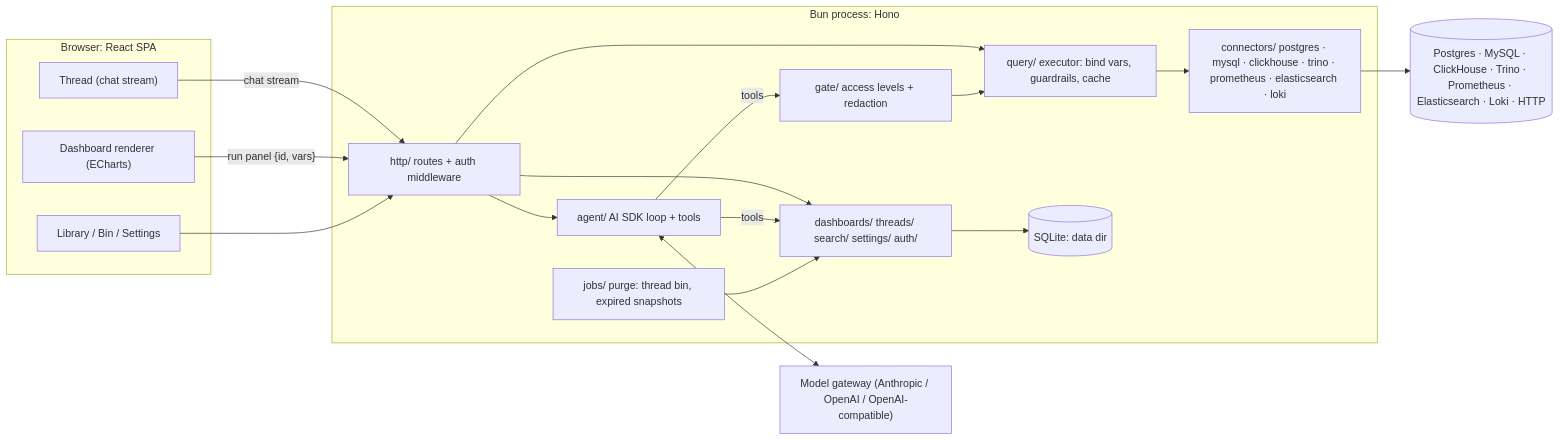
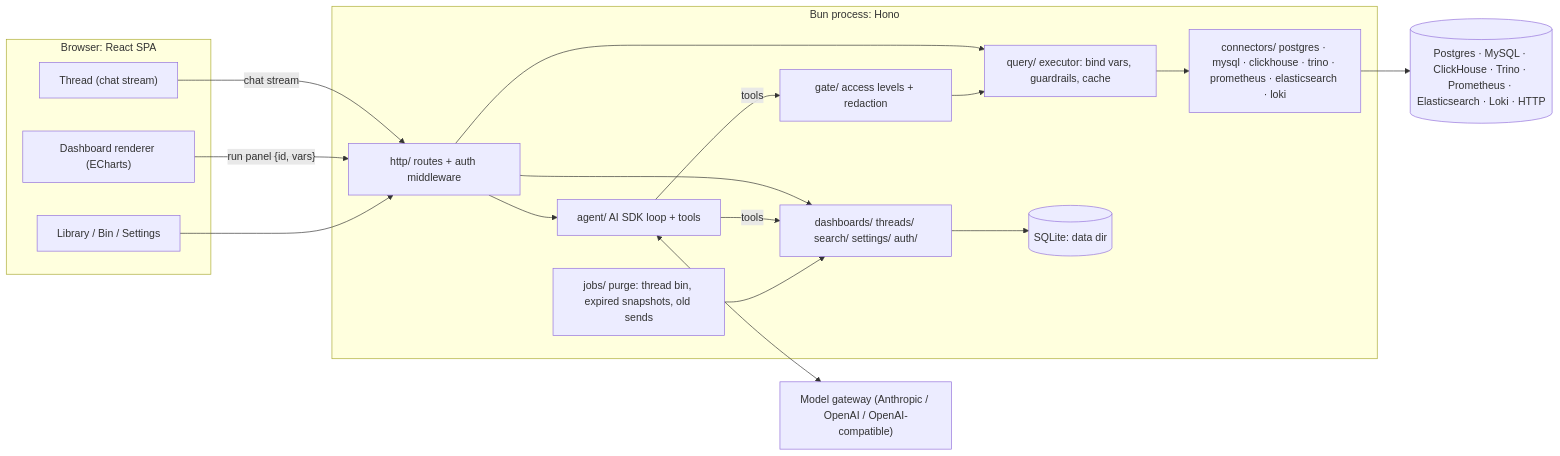
Before and after one commit to jboix/quanthea: the first of 2 diagrams in docs/architecture.md, drawn with Mermaid. The commit also changed other lines of this file and 32 other files, not shown here.

````diff
--- a/docs/architecture.md
+++ b/docs/architecture.md
@@ -13,37 +13,37 @@
 ```mermaid
 flowchart LR
   subgraph Browser["Browser: React SPA"]
     Thread["Thread (chat stream)"]
     Dash["Dashboard renderer (ECharts)"]
     Lib["Library / Bin / Settings"]
   end
 
   subgraph Server["Bun process: Hono"]
     HTTP["http/ routes + auth middleware"]
     Agent["agent/ AI SDK loop + tools"]
     Gate["gate/ access levels + redaction"]
     Query["query/ executor: bind vars, guardrails, cache"]
     Conn["connectors/ postgres · mysql · clickhouse · trino · prometheus · elasticsearch · loki"]
     Dom["dashboards/ threads/ search/ settings/ auth/"]
     DB[("SQLite: data dir")]
-    Jobs["jobs/ purge: thread bin, expired snapshots"]
+    Jobs["jobs/ purge: thread bin, expired snapshots, old sends"]
   end
 
   LLM["Model gateway (Anthropic / OpenAI / OpenAI-compatible)"]
   Sources[("Postgres · MySQL · ClickHouse · Trino · Prometheus · Elasticsearch · Loki · HTTP")]
 
   Thread -- "chat stream" --> HTTP
   Dash -- "run panel {id, vars}" --> HTTP
   Lib --> HTTP
   HTTP --> Agent
   HTTP --> Dom
   HTTP --> Query
   Agent -- tools --> Gate
   Agent -- tools --> Dom
   Agent <--> LLM
   Gate --> Query
   Query --> Conn
   Conn --> Sources
   Dom --> DB
   Jobs --> Dom
 ```
````
